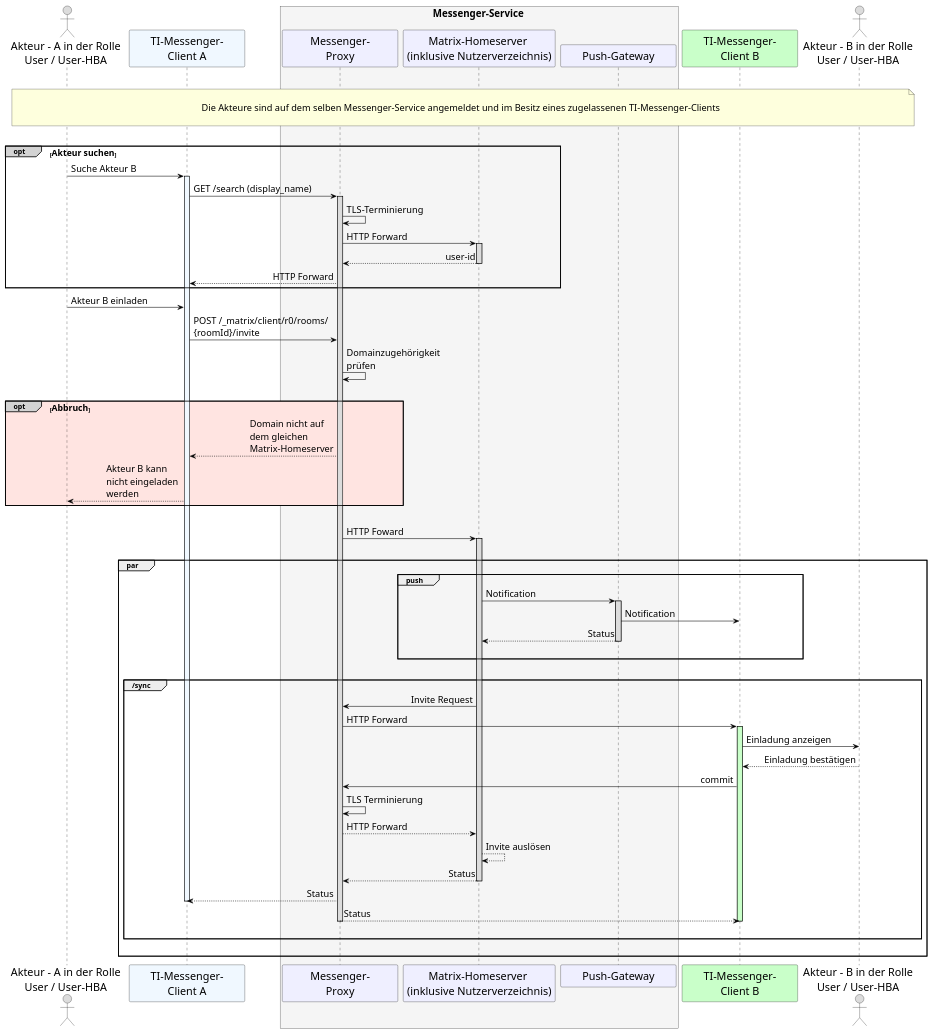
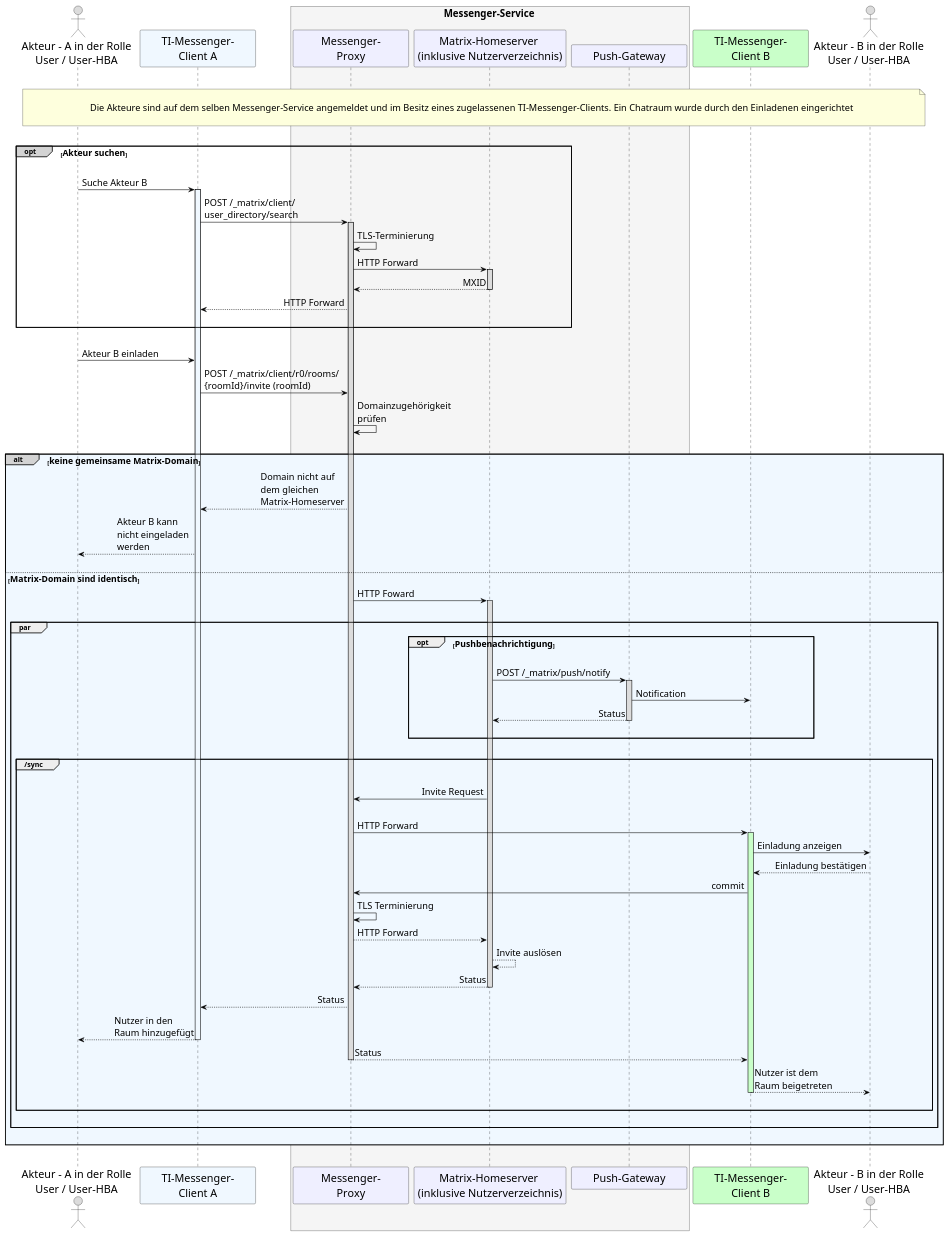
Before and after one commit to gematik/api-ti-messenger: the diagram in src/plantuml/TI-Messenger-Dienst/Ressourcen/UC_10104_Seq.puml, drawn with PlantUML.

```diff
--- a/src/plantuml/TI-Messenger-Dienst/Ressourcen/UC_10104_Seq.puml
+++ b/src/plantuml/TI-Messenger-Dienst/Ressourcen/UC_10104_Seq.puml
@@ -9,97 +9,113 @@
 @startuml
 skinparam sequenceMessageAlign direction
 skinparam minClassWidth 200
 skinparam BoxPadding 1
 skinparam sequenceReferenceHeaderBackgroundColor palegreen
 scale max 2048 width
 
 skinparam sequence {
 ArrowColor black
 ArrowFontSize 17
 ActorBorderColor black
 LifeLineBorderColor black
 LifeLineBackgroundColor Gainsboro
 
 ParticipantBorderColor Motivation
 ParticipantBackgroundColor Motivation
 ParticipantFontName Impact
 ParticipantFontSize 20
 ParticipantFontColor black
 ParticipantBorderColor Black
 ParticipantBackgroundColor MOTIVATION
 
 ActorBackgroundColor Gainsboro
 ActorFontColor black
 ActorFontSize 20
 ActorFontName Aapex
 }
     actor U1 as "Akteur - A in der Rolle\nUser / User-HBA"
     participant C1 as "TI-Messenger-\nClient A" #AliceBlue
     box <size:18>Messenger-Service</size> #WhiteSmoke
       participant MP as "Messenger-\nProxy"
       participant MH as "Matrix-Homeserver \n(inklusive Nutzerverzeichnis)"
       participant PG as "Push-Gateway"
     end box
     participant C2 as "TI-Messenger-\nClient B"#TECHNOLOGY
     actor U2 as "Akteur - B in der Rolle\nUser / User-HBA"
     
 |||
-note over U1, U2: \n<size:17>Die Akteure sind auf dem selben Messenger-Service angemeldet und im Besitz eines zugelassenen TI-Messenger-Clients</size>\n
+note over U1, U2: \n<size:17>Die Akteure sind auf dem selben Messenger-Service angemeldet und im Besitz eines zugelassenen TI-Messenger-Clients. Ein Chatraum wurde durch den Einladenen eingerichtet</size>\n
 |||
 
     opt#LightGrey <size:16>Akteur suchen</size>
+    |||
     U1->C1: Suche Akteur B
       activate C1 #AliceBlue
-    C1->MP: GET /search (display_name)
+    C1->MP: POST /_matrix/client/\nuser_directory/search
       activate MP
     MP->MP: TLS-Terminierung
     MP->MH: HTTP Forward
       activate MH
-    MH-->MP: user-id
+    MH-->MP: MXID
       deactivate MH
     MP-->C1: HTTP Forward
+    |||
     end
+    
+    |||
     U1->C1: Akteur B einladen
-    C1->MP: POST /_matrix/client/r0/rooms/\n{roomId}/invite
+    C1->MP: POST /_matrix/client/r0/rooms/\n{roomId}/invite (roomId)
     MP->MP: Domainzugehörigkeit \nprüfen
     |||
-    opt#LightGrey #MistyRose <size:16>Abbruch</size>
+    
+    alt#LightGrey #AliceBlue <size:16>keine gemeinsame Matrix-Domain</size>
       MP-->C1: Domain nicht auf \ndem gleichen \nMatrix-Homeserver
       C1-->U1: Akteur B kann \nnicht eingeladen \nwerden
-    end
-    |||
-    MP->MH: HTTP Foward
-      activate MH
-    |||
-    group par 
-      group push
-        MH->PG: Notification
-          activate PG
-        PG->C2: Notification
-        PG-->MH: Status
-          deactivate PG
+      |||
+    
+      else <size:16>Matrix-Domain sind identisch</size>
+    
+      MP->MH: HTTP Foward
+        activate MH
+      |||
+      group par 
+        opt <size:16>Pushbenachrichtigung</size>
+          |||
+          MH->PG: POST /_matrix/push/notify
+            activate PG
+          PG->C2: Notification
+          PG-->MH: Status
+            deactivate PG
+        |||
+        end
+        |||
+        group /sync
+          |||
+          MH->MP: Invite Request
+          |||
+          MP->C2: HTTP Forward
+            activate C2 #TECHNOLOGY
+          C2->U2: Einladung anzeigen
+          U2-->C2: Einladung bestätigen
+          C2->MP: commit
+          MP->MP: TLS Terminierung
+          MP-->MH: HTTP Forward
+          MH-->MH: Invite auslösen
+          MH-->MP: Status
+            deactivate MH
+          MP-->C1: Status
+          C1-->U1: Nutzer in den \nRaum hinzugefügt
+            deactivate C1
+          MP-->C2: Status
+            deactivate MP
+          C2-->U2: Nutzer ist dem \nRaum beigetreten
+            deactivate C2
+
+        |||
+        end
       |||
       end
-      |||
-      group /sync
-        MH->MP: Invite Request
-        MP->C2: HTTP Forward
-          activate C2 #TECHNOLOGY
-        C2->U2: Einladung anzeigen
-        U2-->C2: Einladung bestätigen
-        C2->MP: commit
-        MP->MP: TLS Terminierung
-        MP-->MH: HTTP Forward
-        MH-->MH: Invite auslösen
-        MH-->MP: Status
-          deactivate MH
-        MP-->C1: Status
-          deactivate C1
-        MP-->C2: Status
-          deactivate C2
-          deactivate MP
-          |||
-      end
+    |||
+    end
 |||
-    end
 @enduml
```
